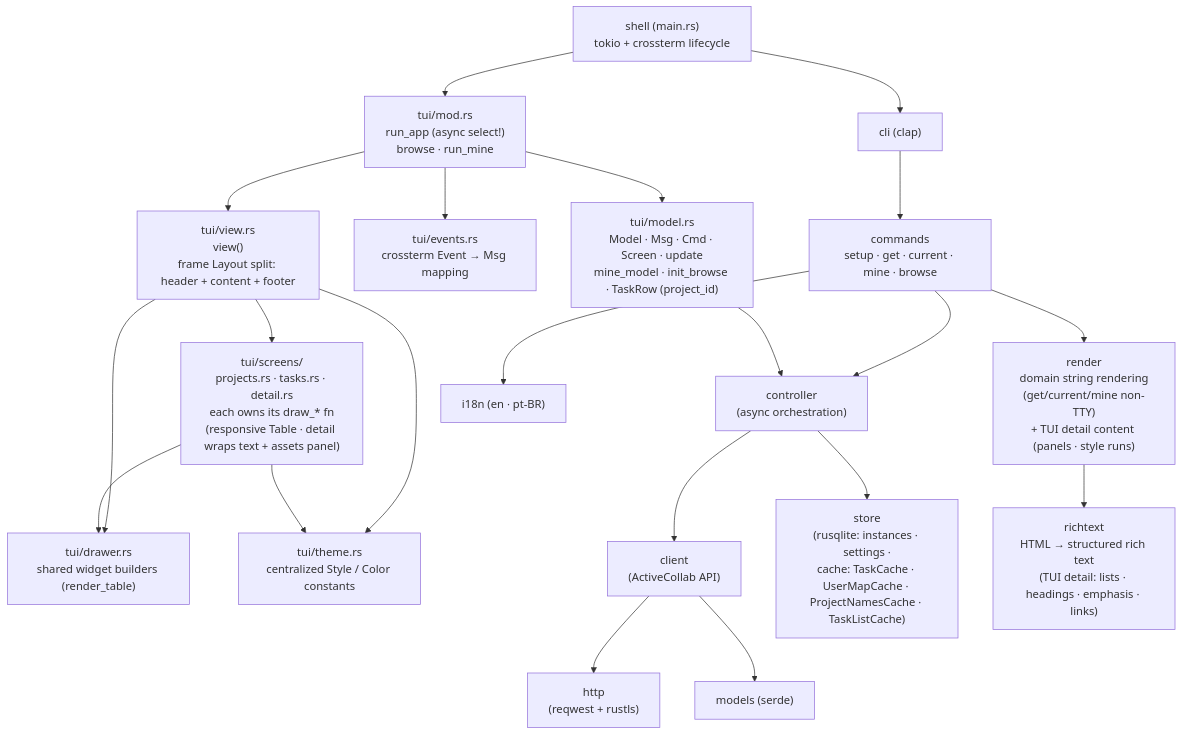
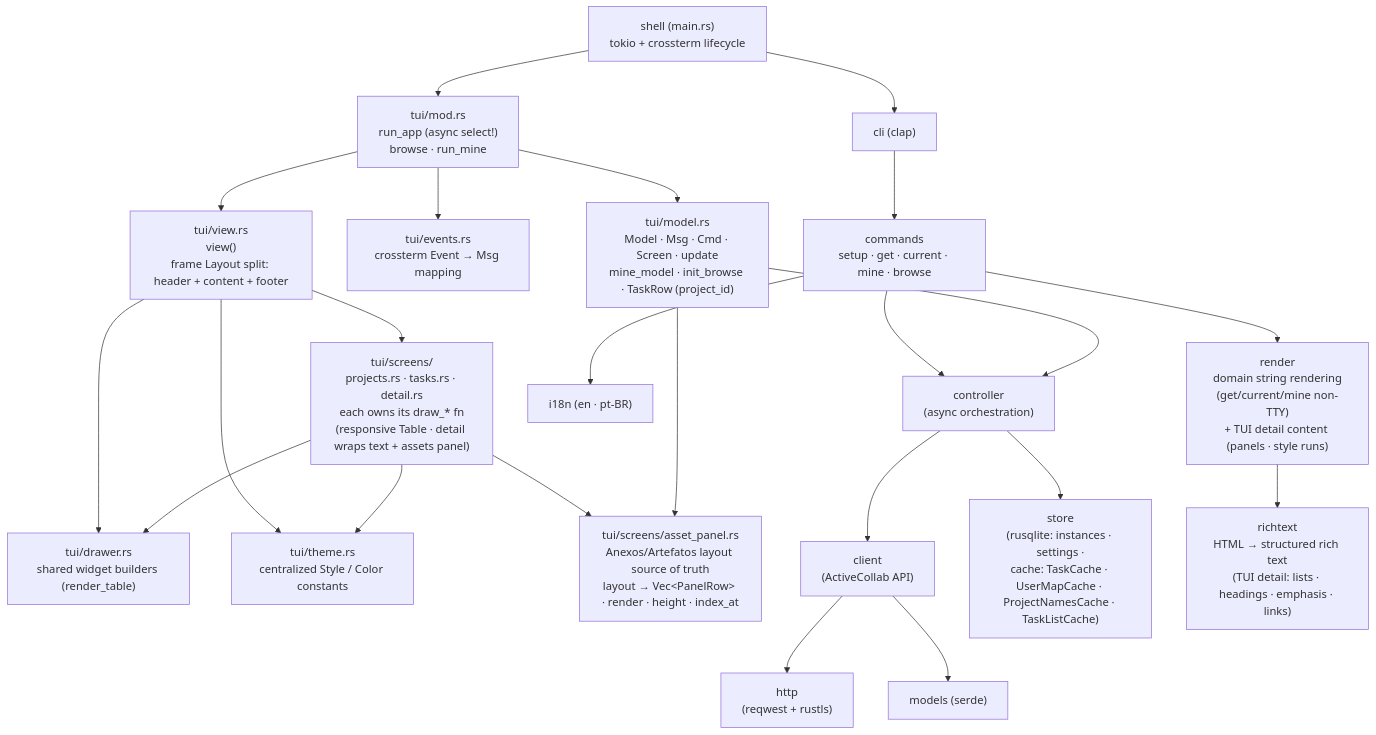
Before and after one commit to ejklock/active-collab-cli: the first of 2 diagrams in docs/architecture.md, drawn with Mermaid. The commit also changed other lines of this file and 4 other files, not shown here.

First line of the commit message:
docs: ADR 0028 + issue 0027 — one layout source of truth for the Anexos panel (ARCH)

````diff
--- a/docs/architecture.md
+++ b/docs/architecture.md
@@ -20,23 +20,25 @@
 ```mermaid
 flowchart TD
     main["shell (main.rs)\ntokio + crossterm lifecycle"] --> tui["tui/mod.rs\nrun_app (async select!)\nbrowse · run_mine"]
     tui --> model["tui/model.rs\nModel · Msg · Cmd · Screen · update\nmine_model · init_browse · TaskRow (project_id)"]
     tui --> events["tui/events.rs\ncrossterm Event → Msg mapping"]
     tui --> view["tui/view.rs\nview()\nframe Layout split: header + content + footer"]
     view --> screens["tui/screens/\nprojects.rs · tasks.rs · detail.rs\neach owns its draw_* fn\n(responsive Table · detail wraps text + assets panel)"]
     view --> drawer["tui/drawer.rs\nshared widget builders (render_table)"]
     view --> theme["tui/theme.rs\ncentralized Style / Color constants"]
+    screens --> asset_panel["tui/screens/asset_panel.rs\nAnexos/Artefatos layout source of truth\nlayout → Vec&lt;PanelRow&gt; · render · height · index_at"]
+    model --> asset_panel
     screens --> drawer
     screens --> theme
     main --> cli["cli (clap)"]
     cli --> commands["commands\nsetup · get · current · mine · browse"]
     commands --> controller["controller\n(async orchestration)"]
     model --> controller
     controller --> client["client\n(ActiveCollab API)"]
     client --> http["http\n(reqwest + rustls)"]
     controller --> store["store\n(rusqlite: instances · settings ·\ncache: TaskCache · UserMapCache · ProjectNamesCache · TaskListCache)"]
     commands --> render["render\ndomain string rendering\n(get/current/mine non-TTY)\n+ TUI detail content (panels · style runs)"]
     render --> richtext["richtext\nHTML → structured rich text\n(TUI detail: lists · headings · emphasis · links)"]
     commands --> i18n["i18n (en · pt-BR)"]
     client --> models["models (serde)"]
 ```
````
